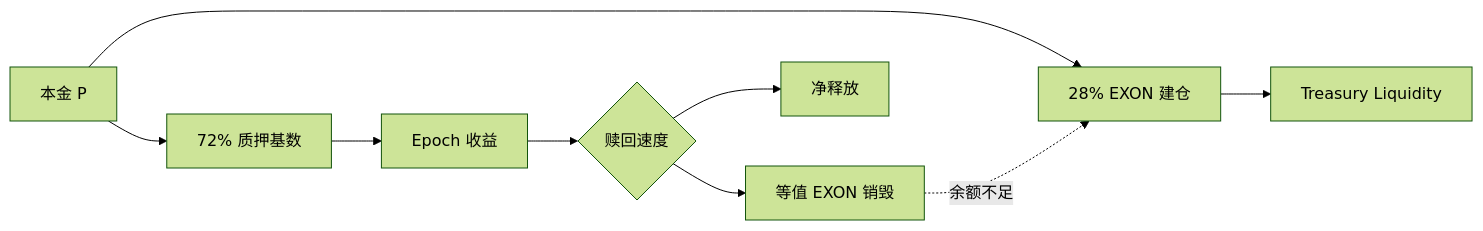
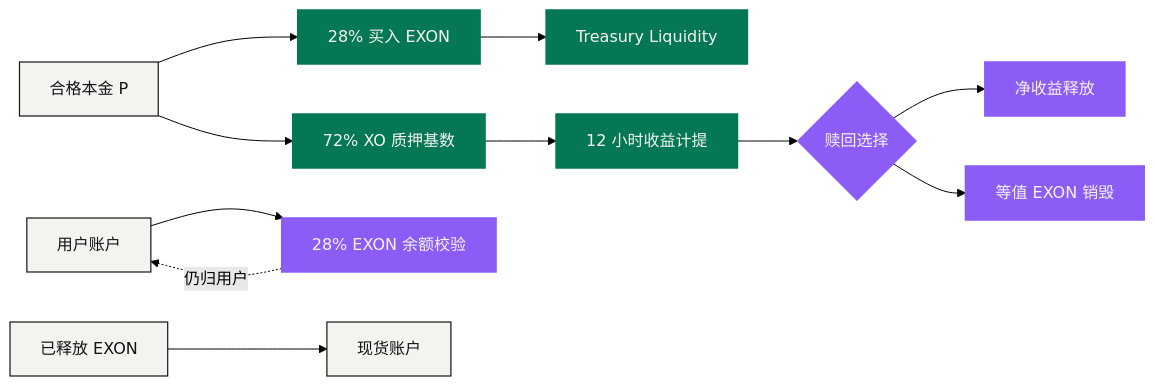
Before and after one commit to NEXONMarkets/NEXON-Whitepaper: the diagram in docs/zh/05-tokenomics/value-flows.md, drawn with Mermaid (forest theme). The commit also changed other lines of this file and 85 other files, not shown here.

````diff
--- a/docs/zh/05-tokenomics/value-flows.md
+++ b/docs/zh/05-tokenomics/value-flows.md
@@ -17,11 +80,19 @@
 ```mermaid
 flowchart LR
-    P["本金 P"] --> B["28% EXON 建仓"]
-    P --> S["72% 质押基数"]
+    P["合格本金 P"] --> B["28% 买入 EXON"]
+    P --> S["72% XO 质押基数"]
     B --> T["Treasury Liquidity"]
-    S --> R["Epoch 收益"]
-    R --> C{"赎回速度"}
-    C --> N["净释放"]
+    U["用户账户"] --> F["28% EXON 余额校验"]
+    F -. "仍归用户" .-> U
+    S --> R["12 小时收益计提"]
+    R --> C{"赎回选择"}
+    C --> N["净收益释放"]
     C --> X["等值 EXON 销毁"]
-    X -. "余额不足" .-> B
+    V["已释放 EXON"] --> M["现货账户"]
+    classDef anchor fill:#047854,stroke:#047854,stroke-width:1.5px,color:#F5F3F0
+    classDef engine fill:#8B5CF6,stroke:#8B5CF6,stroke-width:1.5px,color:#F5F3F0
+    classDef solid  fill:#F5F3F0,stroke:#141414,stroke-width:1.2px,color:#141414
+    class P,U,V,M solid
+    class S,R,B,T anchor
+    class C,N,X,F engine
 ```
````
